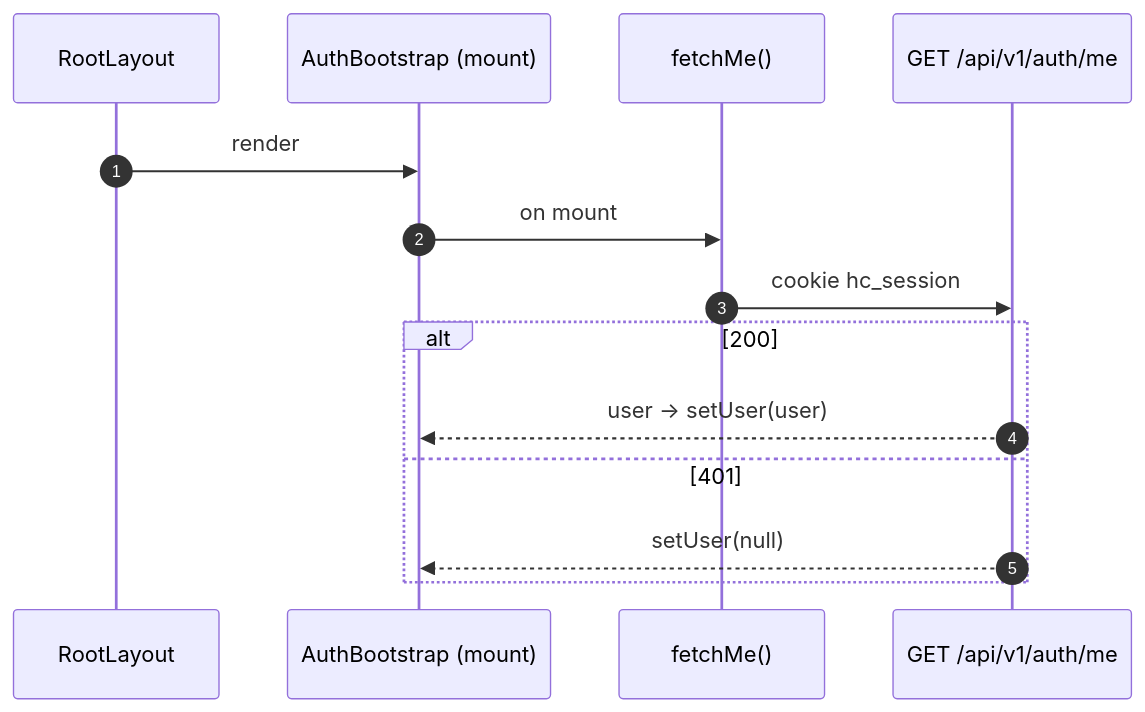
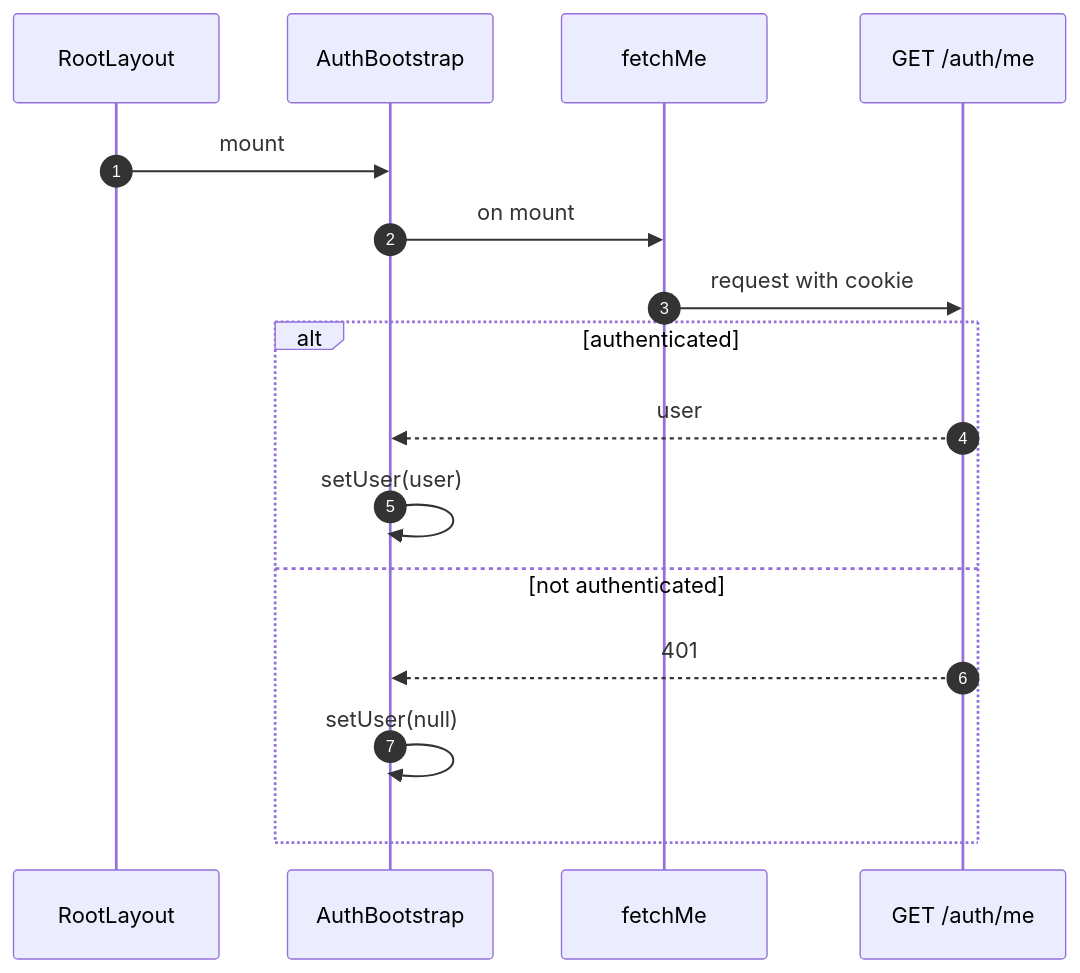
Before and after one commit to darklight9911/Hall_Canteen_Frontend: the fifth of 8 diagrams in docs/ARCHITECTURE.md, drawn with Mermaid. The commit also changed other lines of this file, not shown here.

First line of the commit message:
docs: use only use-case, activity, and sequence diagrams

````diff
--- a/docs/ARCHITECTURE.md
+++ b/docs/ARCHITECTURE.md
@@ -233,16 +192,18 @@
 ```mermaid
 sequenceDiagram
     autonumber
     participant L as RootLayout
-    participant AB as AuthBootstrap (mount)
-    participant API as fetchMe()
-    participant BE as GET /api/v1/auth/me
-    L->>AB: render
+    participant AB as AuthBootstrap
+    participant API as fetchMe
+    participant BE as GET /auth/me
+    L->>AB: mount
     AB->>API: on mount
-    API->>BE: cookie hc_session
-    alt 200
-        BE-->>AB: user → setUser(user)
-    else 401
-        BE-->>AB: setUser(null)
+    API->>BE: request with cookie
+    alt authenticated
+        BE-->>AB: user
+        AB->>AB: setUser(user)
+    else not authenticated
+        BE-->>AB: 401
+        AB->>AB: setUser(null)
     end
 ```
````
